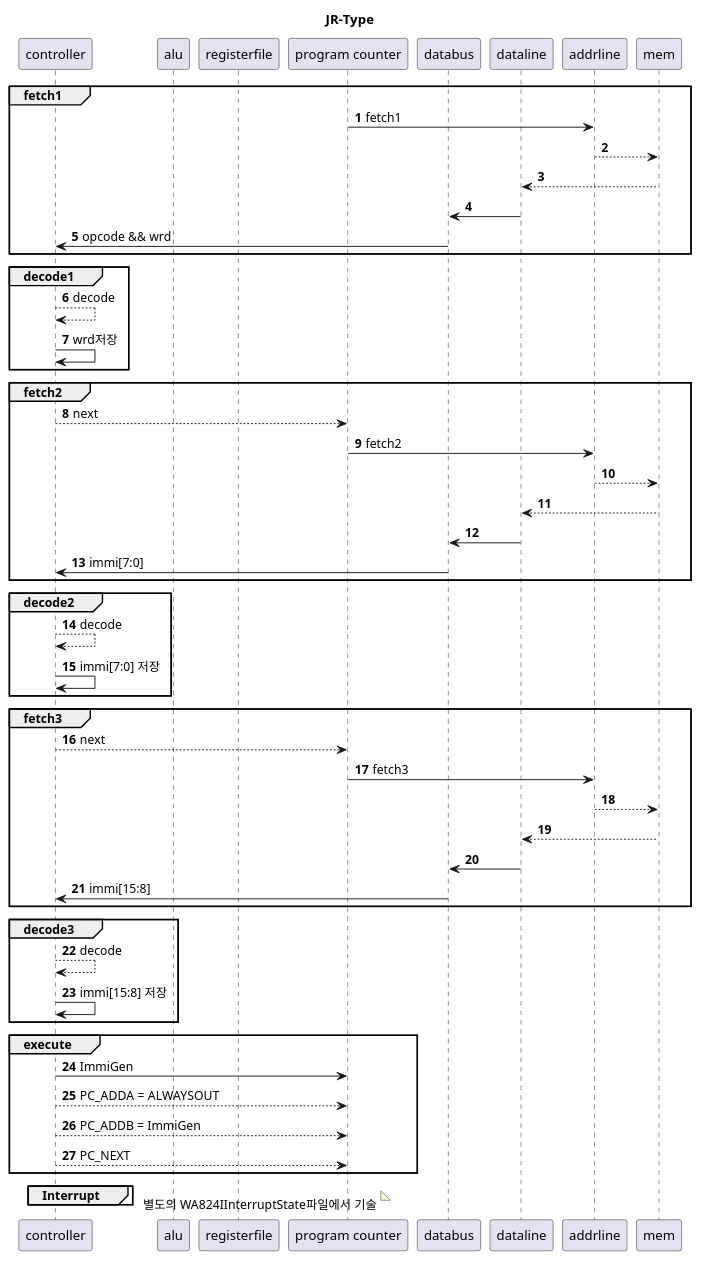
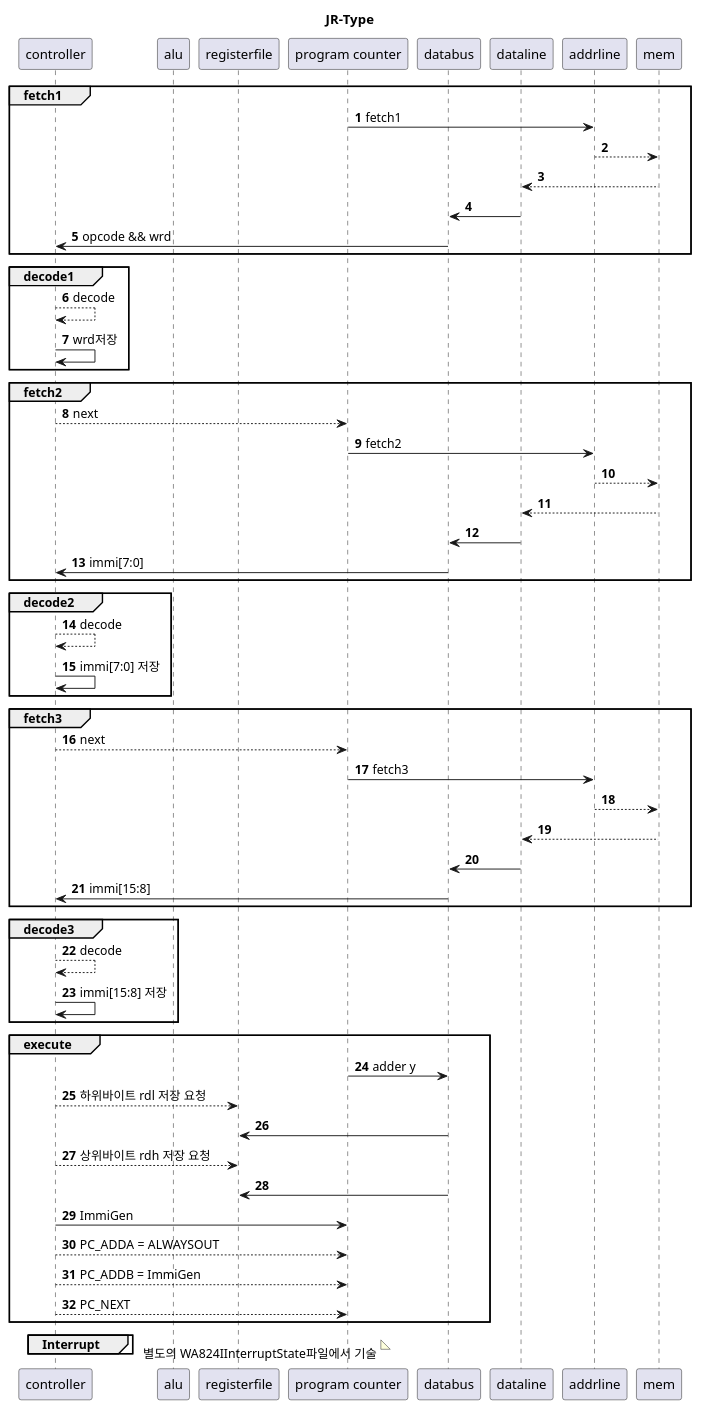
Before and after one commit to BeomjunKim-3p/wach: the diagram in wa824/docs/core/I/WA824IJRTypeFlow.puml, drawn with PlantUML. The commit also changed 6 other files, not shown here.

Commit message:
Docs: fix control flow

```diff
--- a/wa824/docs/core/I/WA824IJRTypeFlow.puml
+++ b/wa824/docs/core/I/WA824IJRTypeFlow.puml
@@ -1,63 +1,68 @@
 @startuml
 title JR-Type
 autonumber
 participant controller         as ct
 participant alu                as al
 participant registerfile       as rf
 participant "program counter"  as pc
 participant databus            as db
 participant dataline           as dl
 participant addrline           as adl
 participant mem                as me
 
 group fetch1
   pc -> adl : fetch1
   adl --> me
   me --> dl
   dl -> db
   db -> ct : opcode && wrd
 end
 
 group decode1
   ct --> ct : decode
   ct -> ct : wrd저장
 end
 
 group fetch2
   ct --> pc : next
   pc -> adl : fetch2
   adl --> me
   me --> dl
   dl -> db
   db -> ct : immi[7:0]
 end
 
 group decode2
   ct --> ct : decode
   ct -> ct : immi[7:0] 저장
 end
 
 group fetch3
   ct --> pc : next
   pc -> adl : fetch3
   adl --> me
   me --> dl
   dl -> db
   db -> ct : immi[15:8]
 end
 
 group decode3
   ct --> ct : decode
   ct -> ct : immi[15:8] 저장
 end
 group execute
+  pc -> db : adder y
+  ct --> rf : 하위바이트 rdl 저장 요청
+  db -> rf
+  ct --> rf : 상위바이트 rdh 저장 요청
+  db -> rf
   ct -> pc : ImmiGen
   ct --> pc : PC_ADDA = ALWAYSOUT
   ct --> pc : PC_ADDB = ImmiGen
   ct --> pc : PC_NEXT
 end
 
 group Interrupt
 end
 note right: 별도의 WA824IInterruptState파일에서 기술
 @enduml
```
